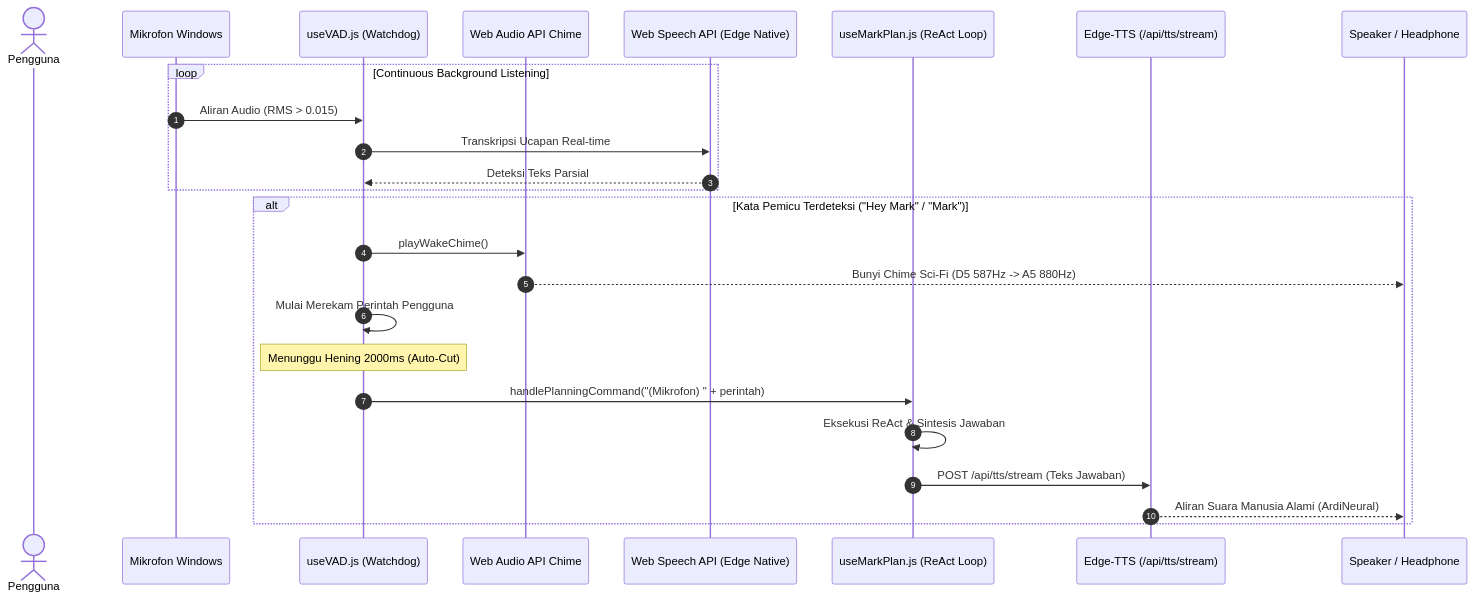
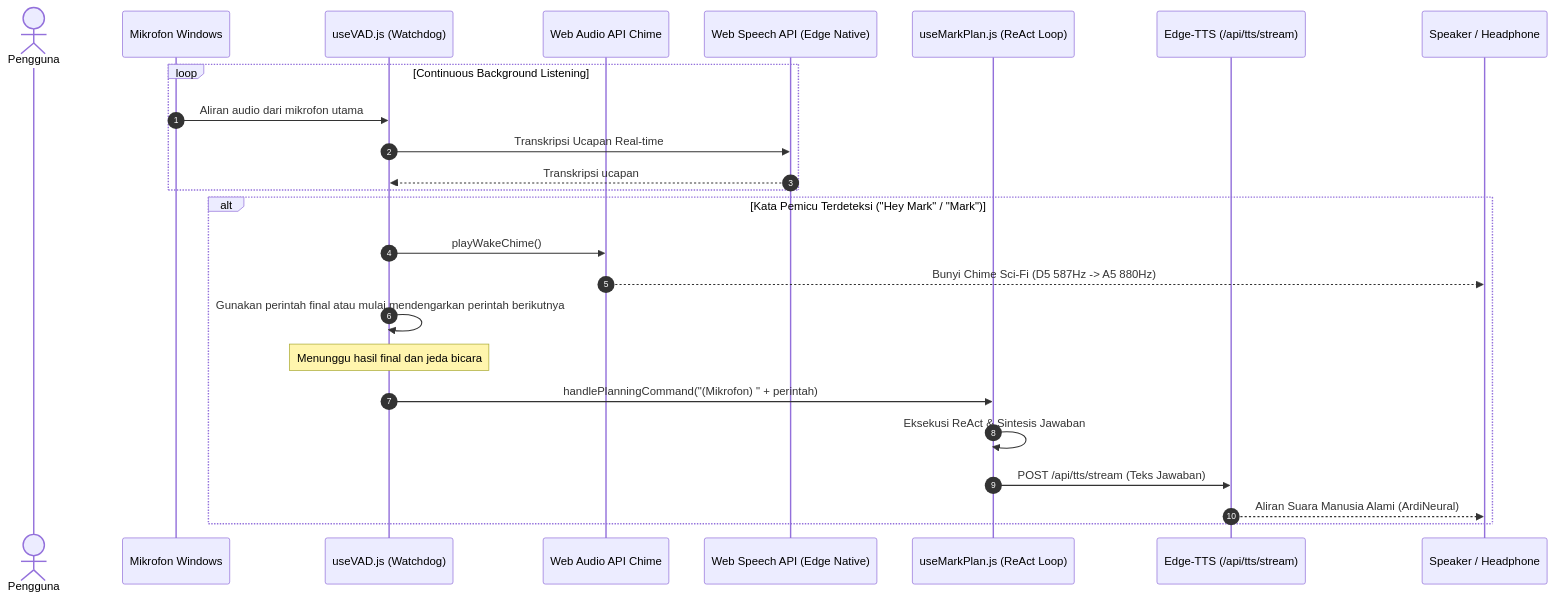
Before and after one commit to Mazees/mark-agent: the diagram in docs/05-voice-and-multimodal/voice-pipeline.md, drawn with Mermaid. The commit also changed other lines of this file and 5 other files, not shown here.

````diff
--- a/docs/05-voice-and-multimodal/voice-pipeline.md
+++ b/docs/05-voice-and-multimodal/voice-pipeline.md
@@ -17,31 +17,31 @@
 ```mermaid
 sequenceDiagram
     autonumber
     actor User as Pengguna
     participant Mic as Mikrofon Windows
     participant VAD as useVAD.js (Watchdog)
     participant AudioAPI as Web Audio API Chime
     participant STT as Web Speech API (Edge Native)
     participant Plan as useMarkPlan.js (ReAct Loop)
     participant TTS as Edge-TTS (/api/tts/stream)
     participant Speaker as Speaker / Headphone
 
     loop Continuous Background Listening
-        Mic->>VAD: Aliran Audio (RMS > 0.015)
+        Mic->>VAD: Aliran audio dari mikrofon utama
         VAD->>STT: Transkripsi Ucapan Real-time
-        STT-->>VAD: Deteksi Teks Parsial
+        STT-->>VAD: Transkripsi ucapan
     end
 
     alt Kata Pemicu Terdeteksi ("Hey Mark" / "Mark")
         VAD->>AudioAPI: playWakeChime()
         AudioAPI-->>Speaker: Bunyi Chime Sci-Fi (D5 587Hz -> A5 880Hz)
-        VAD->>VAD: Mulai Merekam Perintah Pengguna
+        VAD->>VAD: Gunakan perintah final atau mulai mendengarkan perintah berikutnya
 
-        Note over VAD: Menunggu Hening 2000ms (Auto-Cut)
+        Note over VAD: Menunggu hasil final dan jeda bicara
 
         VAD->>Plan: handlePlanningCommand("(Mikrofon) " + perintah)
         Plan->>Plan: Eksekusi ReAct & Sintesis Jawaban
         Plan->>TTS: POST /api/tts/stream (Teks Jawaban)
         TTS-->>Speaker: Aliran Suara Manusia Alami (ArdiNeural)
     end
 ```
````
